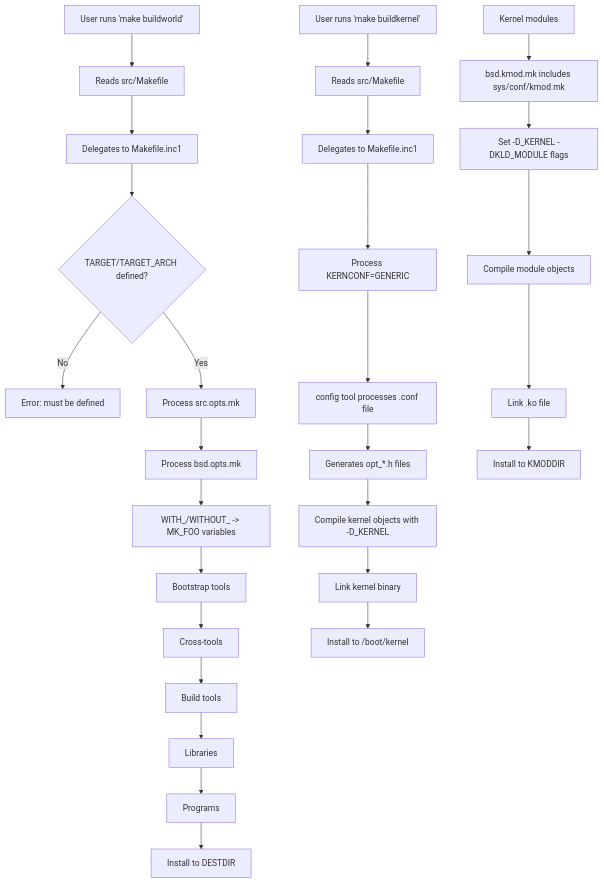
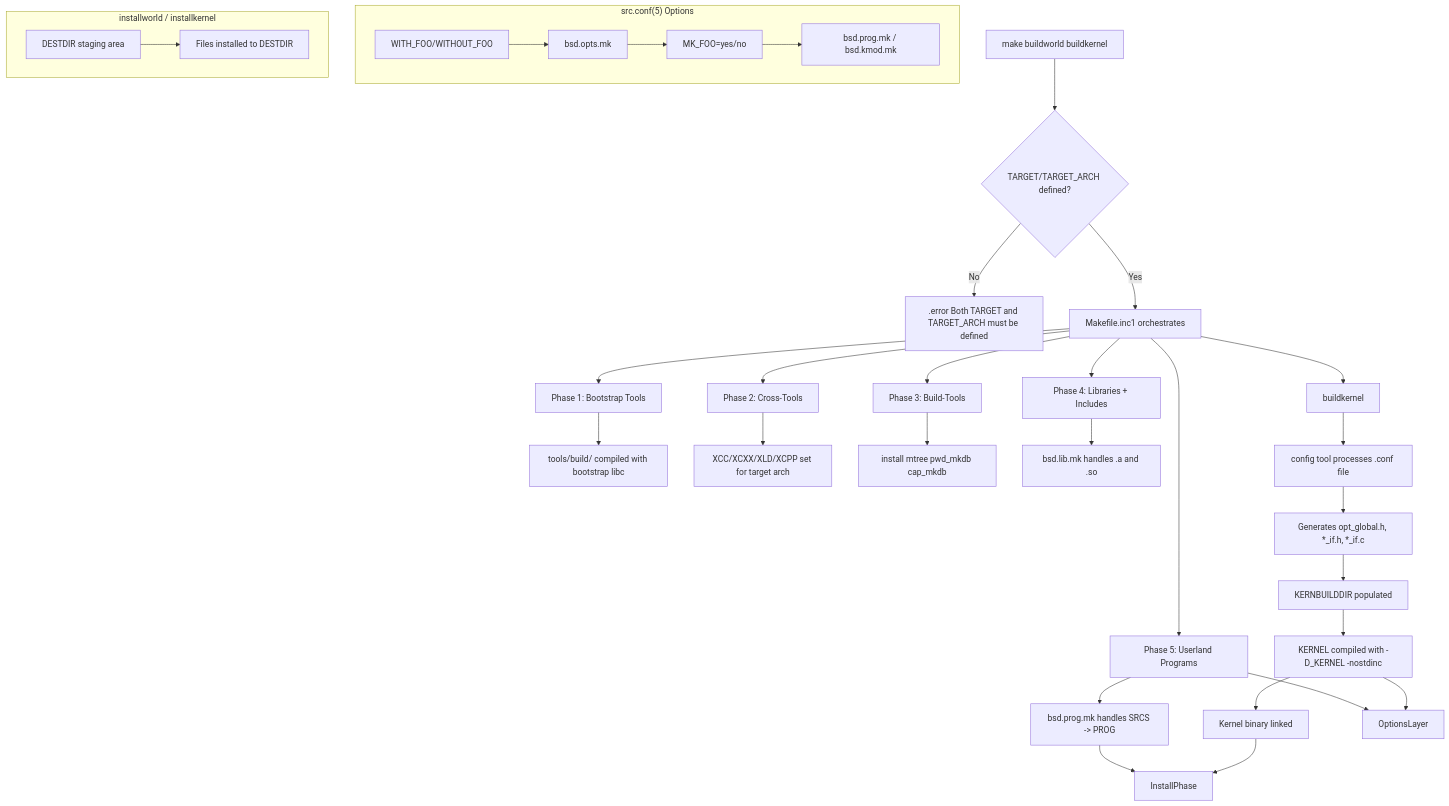
One commit to ocochard/freebsd-src changed the diagram in share/mk/README.md. Above: the diagram before and after it, drawn with Mermaid. The commit also changed other lines of this file and 26 other files, not shown here.

````diff
--- a/share/mk/README.md
+++ b/share/mk/README.md
@@ -263,31 +179,43 @@
 ```mermaid
 flowchart TD
-    A[User runs 'make buildworld'] --> B[Reads src/Makefile]
-    B --> C[Delegates to Makefile.inc1]
-    C --> D{TARGET/TARGET_ARCH defined?}
-    D -->|No| E[Error: must be defined]
-    D -->|Yes| F[Process src.opts.mk]
-    F --> G[Process bsd.opts.mk]
-    G --> H[WITH_/WITHOUT_ -> MK_FOO variables]
-    H --> I[Bootstrap tools]
-    I --> J[Cross-tools]
-    J --> K[Build tools]
-    K --> L[Libraries]
-    L --> M[Programs]
-    M --> N[Install to DESTDIR]
+    A[make buildworld buildkernel] --> B{TARGET/TARGET_ARCH defined?}
+    B -->|No| C[.error Both TARGET and TARGET_ARCH must be defined]
+    B -->|Yes| D[Makefile.inc1 orchestrates]
 
-    O[User runs 'make buildkernel'] --> P[Reads src/Makefile]
-    P --> Q[Delegates to Makefile.inc1]
-    Q --> R[Process KERNCONF=GENERIC]
-    R --> S[config tool processes .conf file]
-    S --> T[Generates opt_*.h files]
-    T --> U[Compile kernel objects with -D_KERNEL]
-    U --> V[Link kernel binary]
-    V --> W[Install to /boot/kernel]
+    D --> E[Phase 1: Bootstrap Tools]
+    E --> F[tools/build/ compiled with bootstrap libc]
 
-    Y[Kernel modules] --> Z[bsd.kmod.mk includes sys/conf/kmod.mk]
-    Z --> AA[Set -D_KERNEL -DKLD_MODULE flags]
-    AA --> AB[Compile module objects]
-    AB --> AC[Link .ko file]
-    AC --> AD[Install to KMODDIR]
+    D --> G[Phase 2: Cross-Tools]
+    G --> H[XCC/XCXX/XLD/XCPP set for target arch]
+
+    D --> I[Phase 3: Build-Tools]
+    I --> J[install mtree pwd_mkdb cap_mkdb]
+
+    D --> K[Phase 4: Libraries + Includes]
+    K --> L[bsd.lib.mk handles .a and .so]
+
+    D --> M[Phase 5: Userland Programs]
+    M --> N[bsd.prog.mk handles SRCS -> PROG]
+
+    D --> O[buildkernel]
+    O --> P[config tool processes .conf file]
+    P --> Q[Generates opt_global.h, *_if.h, *_if.c]
+    Q --> R[KERNBUILDDIR populated]
+    R --> S[KERNEL compiled with -D_KERNEL -nostdinc]
+    S --> T[Kernel binary linked]
+
+    subgraph OptionsLayer_grp ["src.conf(5) Options"]
+        U[WITH_FOO/WITHOUT_FOO] --> V[bsd.opts.mk]
+        V --> W[MK_FOO=yes/no]
+        W --> X[bsd.prog.mk / bsd.kmod.mk]
+    end
+
+    subgraph InstallPhase_grp ["installworld / installkernel"]
+        Y[DESTDIR staging area] --> Z[Files installed to DESTDIR]
+    end
+
+    M --> OptionsLayer
+    S --> OptionsLayer
+    N --> InstallPhase
+    T --> InstallPhase
 ```
````
